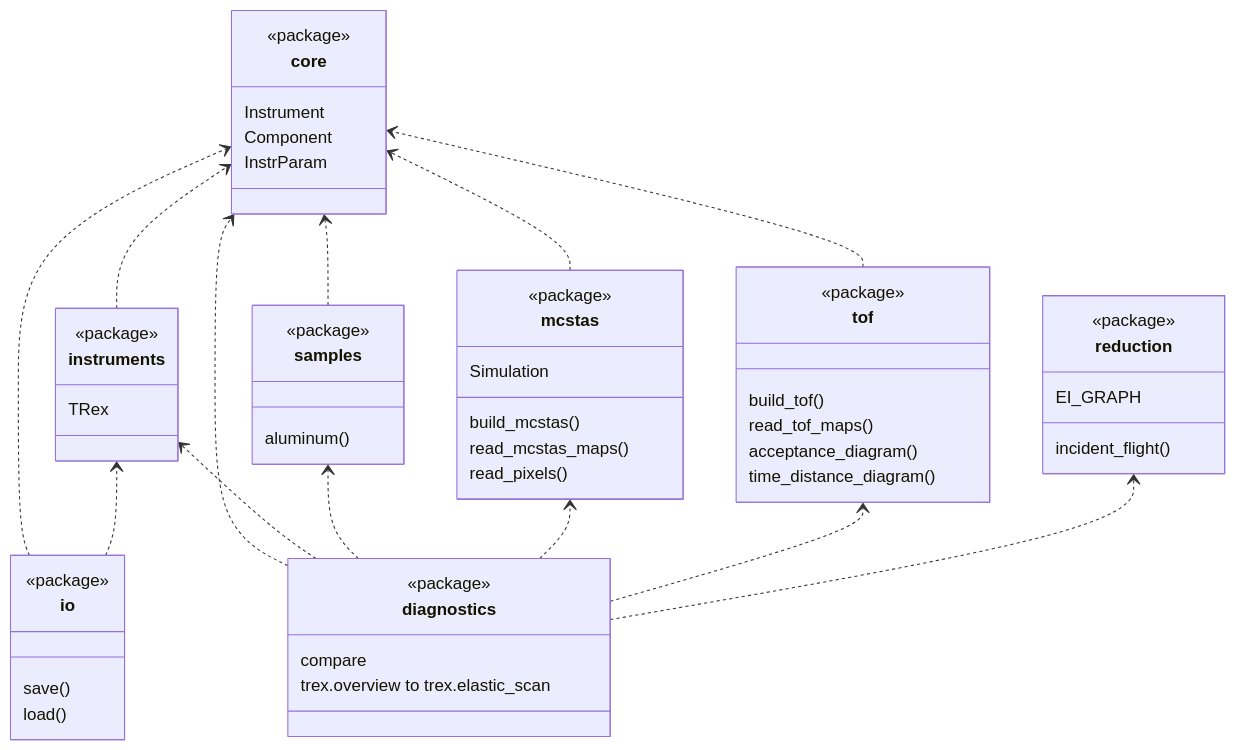
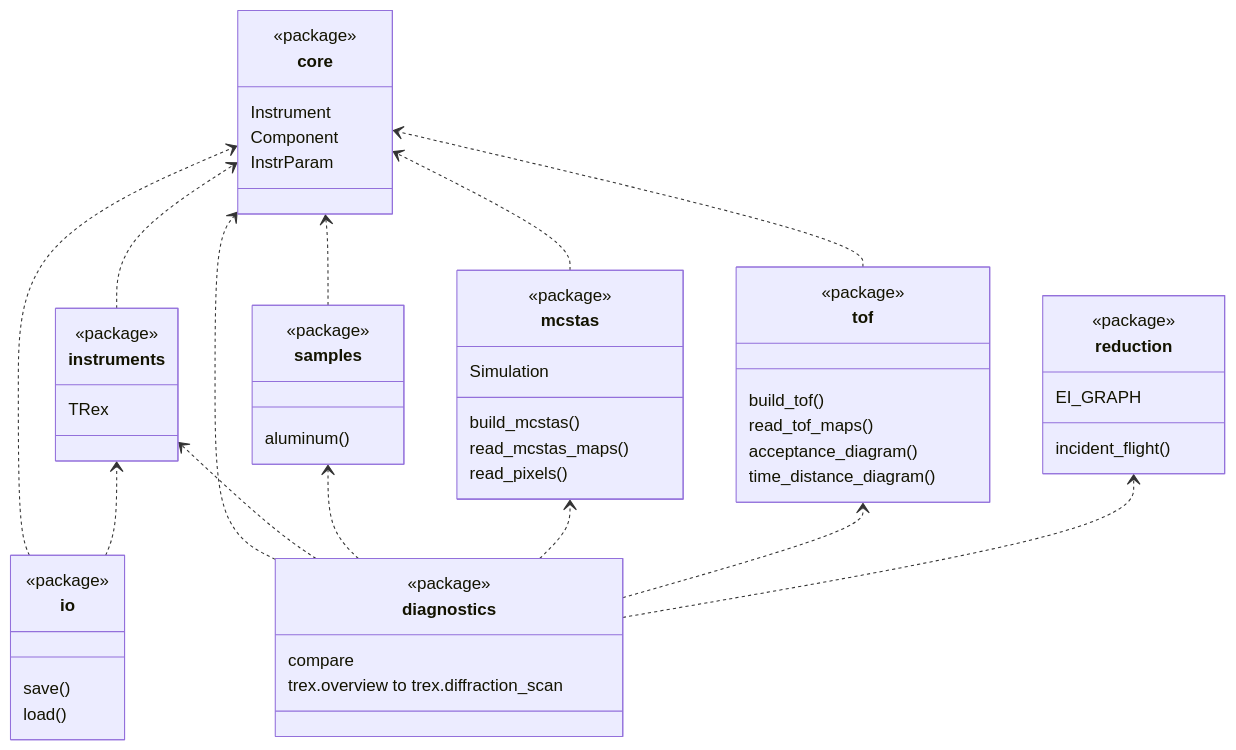
The diagram in docs/code-layout.md (bingli621/mcdgs), drawn with Mermaid before and after one commit. The commit also changed 16 other files, not shown here.

First line of the commit message:
Rename elastic_plane to diffraction and elastic_scan to diffraction_scan, and show S(Q,E) first on the vanadium page

````diff
--- a/docs/code-layout.md
+++ b/docs/code-layout.md
@@ -23,59 +23,59 @@
 ```mermaid
 classDiagram
     direction BT
     class core {
         <<package>>
         Instrument
         Component
         InstrParam
     }
     class instruments {
         <<package>>
         TRex
     }
     class samples {
         <<package>>
         aluminum()
     }
     class mcstas {
         <<package>>
         build_mcstas()
         Simulation
         read_mcstas_maps()
         read_pixels()
     }
     class tof {
         <<package>>
         build_tof()
         read_tof_maps()
         acceptance_diagram()
         time_distance_diagram()
     }
     class io {
         <<package>>
         save()
         load()
     }
     class reduction {
         <<package>>
         EI_GRAPH
         incident_flight()
     }
     class diagnostics {
         <<package>>
         compare
-        trex.overview to trex.elastic_scan
+        trex.overview to trex.diffraction_scan
     }
     instruments ..> core
     samples ..> core
     mcstas ..> core
     tof ..> core
     io ..> core
     io ..> instruments
     diagnostics ..> core
     diagnostics ..> instruments
     diagnostics ..> samples
     diagnostics ..> mcstas
     diagnostics ..> tof
     diagnostics ..> reduction
 ```
````
